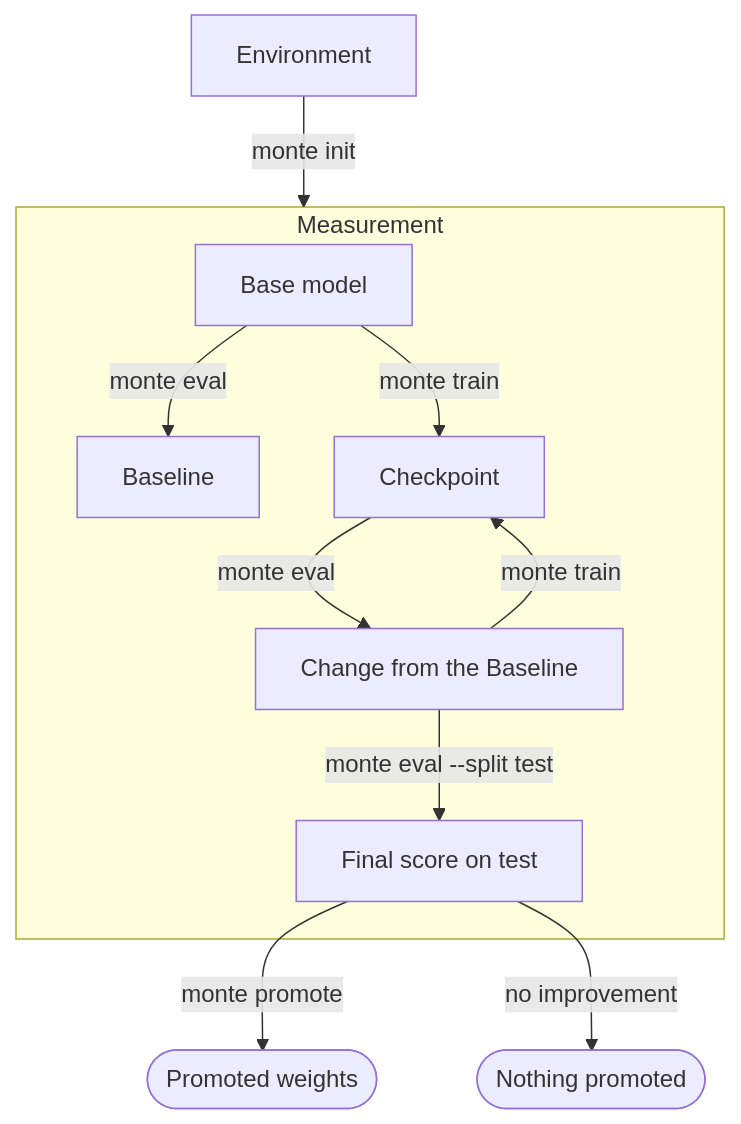
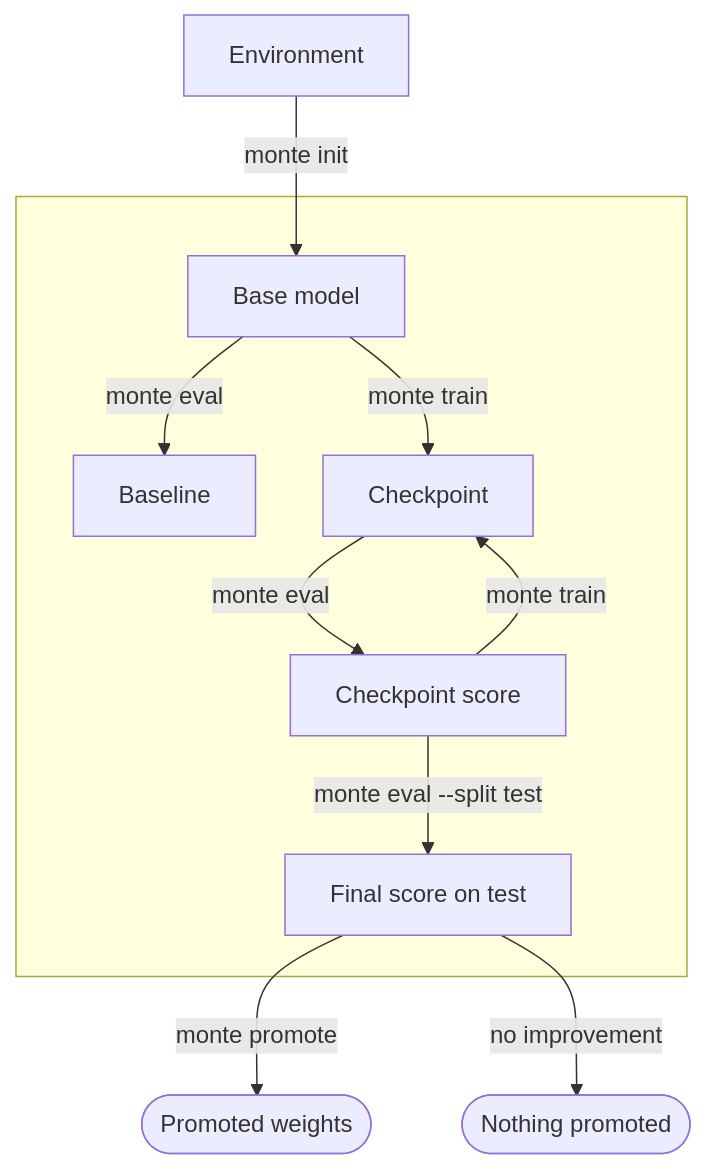
One commit to Monte-Inc/internal-monte-platform-docs changed the diagram in index.mdx. Above: the diagram before and after it, drawn with Mermaid. The commit also changed other lines of this file, not shown here.

````diff
--- a/index.mdx
+++ b/index.mdx
@@ -24,22 +28,23 @@
 ```mermaid actions={false}
+%%{init: {'flowchart': {'subGraphTitleMargin': {'top': 0, 'bottom': 12}, 'rankSpacing': 55, 'nodeSpacing': 45}}}%%
 flowchart TD
     ENV["Environment"]
 
-    subgraph M["Measurement"]
+    subgraph M[" "]
         BM["Base model"]
         BASE["Baseline"]
         CP["Checkpoint"]
-        SCORE["Change from the Baseline"]
+        SCORE["Checkpoint score"]
         FINAL["Final score on test"]
 
         BM -->|"monte eval"| BASE
         BM -->|"monte train"| CP
         CP -->|"monte eval"| SCORE
         SCORE -->|"monte train"| CP
         SCORE -->|"monte eval --split test"| FINAL
     end
 
-    ENV -->|"monte init"| M
+    ENV -->|"monte init"| BM
     FINAL -->|"monte promote"| PROM(["Promoted weights"])
     FINAL -->|"no improvement"| NONE(["Nothing promoted"])
 ```
````
